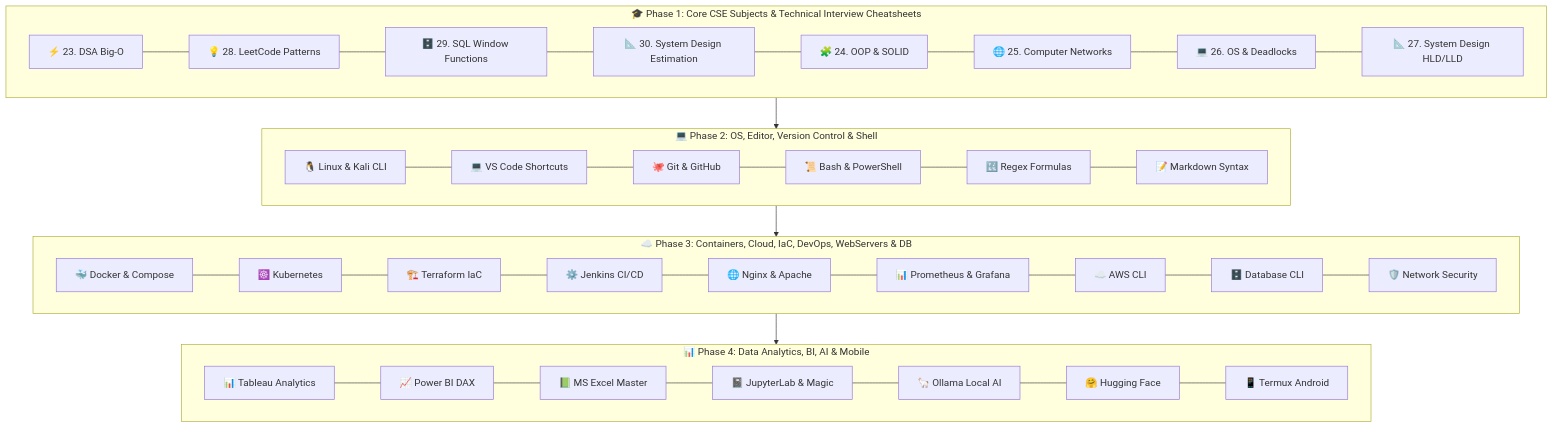
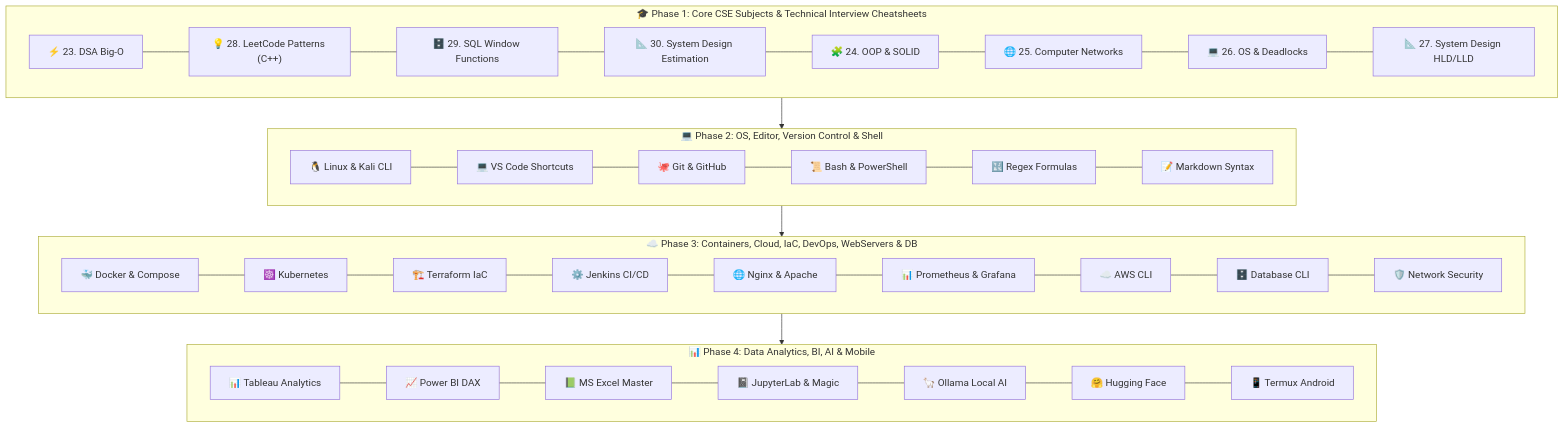
The diagram in README.md (techindro/Penetration-testing-toolkit), drawn with Mermaid before and after one commit. The commit also changed other lines of this file and 1 other file, not shown here.

Commit message:
refactor: update Module 28 LeetCode interview patterns to use C++ STL code snippets

````diff
--- a/README.md
+++ b/README.md
@@ -34,20 +34,20 @@
 ```mermaid
 graph TD
     subgraph Phase1["🎓 Phase 1: Core CSE Subjects & Technical Interview Cheatsheets"]
-        A1["⚡ 23. DSA Big-O"] --- A2["💡 28. LeetCode Patterns"] --- A3["🗄️ 29. SQL Window Functions"] --- A4["📐 30. System Design Estimation"] --- A5["🧩 24. OOP & SOLID"] --- A6["🌐 25. Computer Networks"] --- A7["💻 26. OS & Deadlocks"] --- A8["📐 27. System Design HLD/LLD"]
+        A1["⚡ 23. DSA Big-O"] --- A2["💡 28. LeetCode Patterns (C++)"] --- A3["🗄️ 29. SQL Window Functions"] --- A4["📐 30. System Design Estimation"] --- A5["🧩 24. OOP & SOLID"] --- A6["🌐 25. Computer Networks"] --- A7["💻 26. OS & Deadlocks"] --- A8["📐 27. System Design HLD/LLD"]
     end
 
     subgraph Phase2["💻 Phase 2: OS, Editor, Version Control & Shell"]
         B1["🐧 Linux & Kali CLI"] --- B2["💻 VS Code Shortcuts"] --- B3["🐙 Git & GitHub"] --- B4["📜 Bash & PowerShell"] --- B5["🔣 Regex Formulas"] --- B6["📝 Markdown Syntax"]
     end
 
     subgraph Phase3["☁️ Phase 3: Containers, Cloud, IaC, DevOps, WebServers & DB"]
         C1["🐳 Docker & Compose"] --- C2["☸️ Kubernetes"] --- C3["🏗️ Terraform IaC"] --- C4["⚙️ Jenkins CI/CD"] --- C5["🌐 Nginx & Apache"] --- C6["📊 Prometheus & Grafana"] --- C7["☁️ AWS CLI"] --- C8["🗄️ Database CLI"] --- C9["🛡️ Network Security"]
     end
 
     subgraph Phase4["📊 Phase 4: Data Analytics, BI, AI & Mobile"]
         D1["📊 Tableau Analytics"] --- D2["📈 Power BI DAX"] --- D3["📗 MS Excel Master"] --- D4["📓 JupyterLab & Magic"] --- D5["🦙 Ollama Local AI"] --- D6["🤗 Hugging Face"] --- D7["📱 Termux Android"]
     end
 
     Phase1 --> Phase2 --> Phase3 --> Phase4
 ```
````
